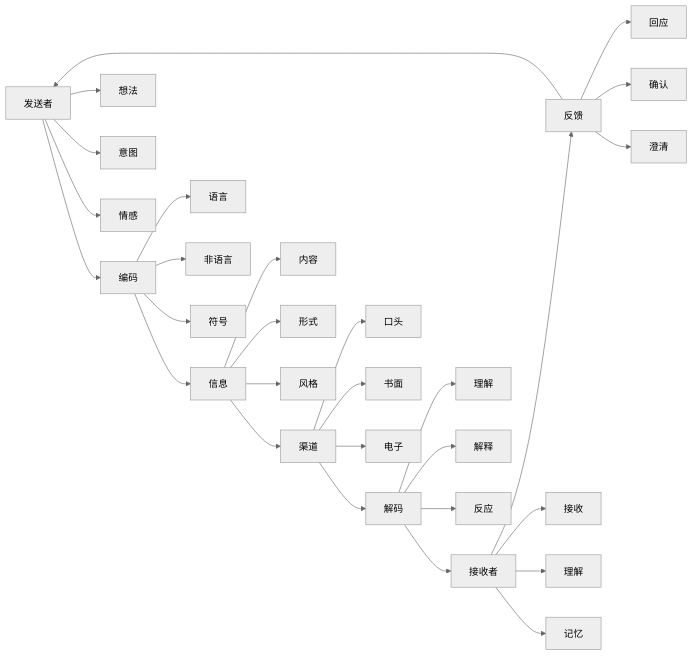
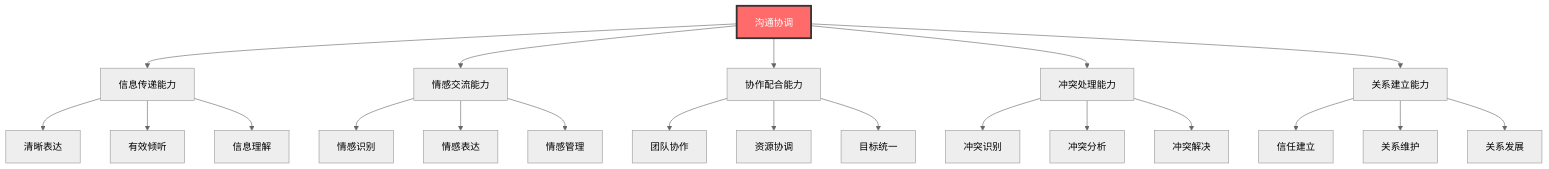
The first of 7 diagrams in 企业领导力/03-能力构建层/核心领导能力/03-沟通协调.md (Anping2017/obsidian), drawn with Mermaid (neutral theme) before and after one commit. The commit also changed other lines of this file and 28 other files, not shown here.

````diff
--- a/企业领导力/03-能力构建层/核心领导能力/03-沟通协调.md
+++ b/企业领导力/03-能力构建层/核心领导能力/03-沟通协调.md
@@ -17,38 +9,30 @@
 ```mermaid
-graph LR
-    A[发送者] --> B[编码]
-    B --> C[信息]
-    C --> D[渠道]
-    D --> E[解码]
-    E --> F[接收者]
-    F --> G[反馈]
-    G --> A
+graph TD
+    A[沟通协调] --> B[信息传递能力]
+    A --> C[情感交流能力]
+    A --> D[协作配合能力]
+    A --> E[冲突处理能力]
+    A --> F[关系建立能力]
     
-    A --> A1[想法]
-    A --> A2[意图]
-    A --> A3[情感]
+    B --> B1[清晰表达]
+    B --> B2[有效倾听]
+    B --> B3[信息理解]
     
-    B --> B1[语言]
-    B --> B2[非语言]
-    B --> B3[符号]
+    C --> C1[情感识别]
+    C --> C2[情感表达]
+    C --> C3[情感管理]
     
-    C --> C1[内容]
-    C --> C2[形式]
-    C --> C3[风格]
+    D --> D1[团队协作]
+    D --> D2[资源协调]
+    D --> D3[目标统一]
     
-    D --> D1[口头]
-    D --> D2[书面]
-    D --> D3[电子]
+    E --> E1[冲突识别]
+    E --> E2[冲突分析]
+    E --> E3[冲突解决]
     
-    E --> E1[理解]
-    E --> E2[解释]
-    E --> E3[反应]
+    F --> F1[信任建立]
+    F --> F2[关系维护]
+    F --> F3[关系发展]
     
-    F --> F1[接收]
-    F --> F2[理解]
-    F --> F3[记忆]
-    
-    G --> G1[回应]
-    G --> G2[确认]
-    G --> G3[澄清]
+    style A fill:#ff6b6b,stroke:#333,stroke-width:3px,color:#fff
 ```
````
